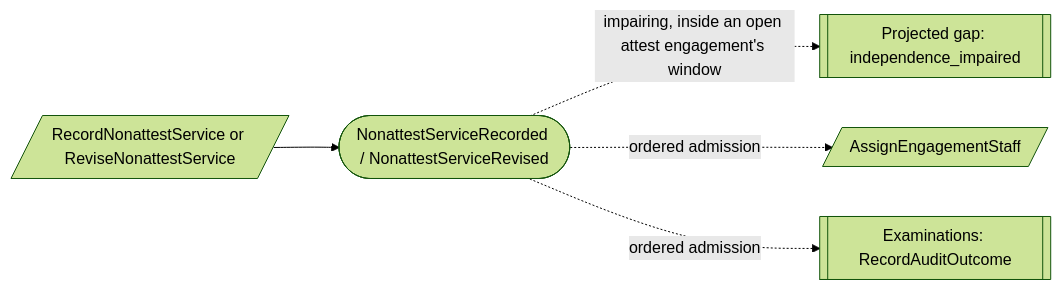
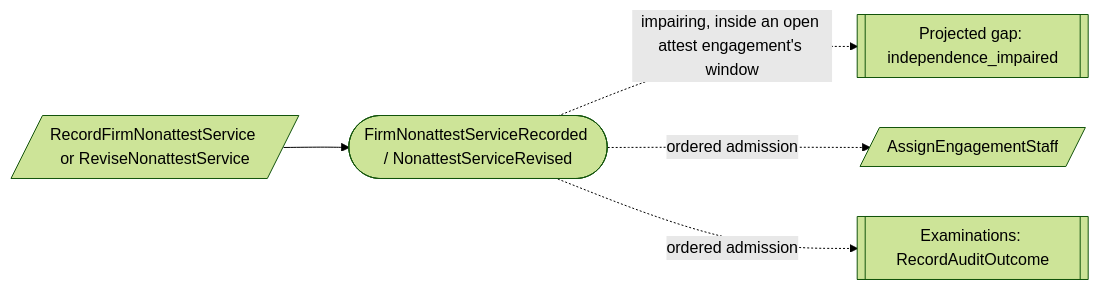
One commit to bdgrz/compliance-core changed the seventh of 8 diagrams in docs/proposed/contexts/firm-services.md. Above: the diagram before and after it, drawn with Mermaid (forest theme). The commit also changed other lines of this file and 118 other files, not shown here.

````diff
--- a/docs/proposed/contexts/firm-services.md
+++ b/docs/proposed/contexts/firm-services.md
@@ -473,7 +473,7 @@
 ```mermaid
 flowchart LR
-    C1[/RecordNonattestService or ReviseNonattestService/] --> E1([NonattestServiceRecorded / NonattestServiceRevised])
+    C1[/RecordFirmNonattestService or ReviseNonattestService/] --> E1([FirmNonattestServiceRecorded / NonattestServiceRevised])
     E1 -. "impairing, inside an open attest engagement's window" .-> G1[[Projected gap: independence_impaired]]
     E1 -. "ordered admission" .-> C2[/AssignEngagementStaff/]
     E1 -. "ordered admission" .-> C3[[Examinations: RecordAuditOutcome]]
 ```
````
